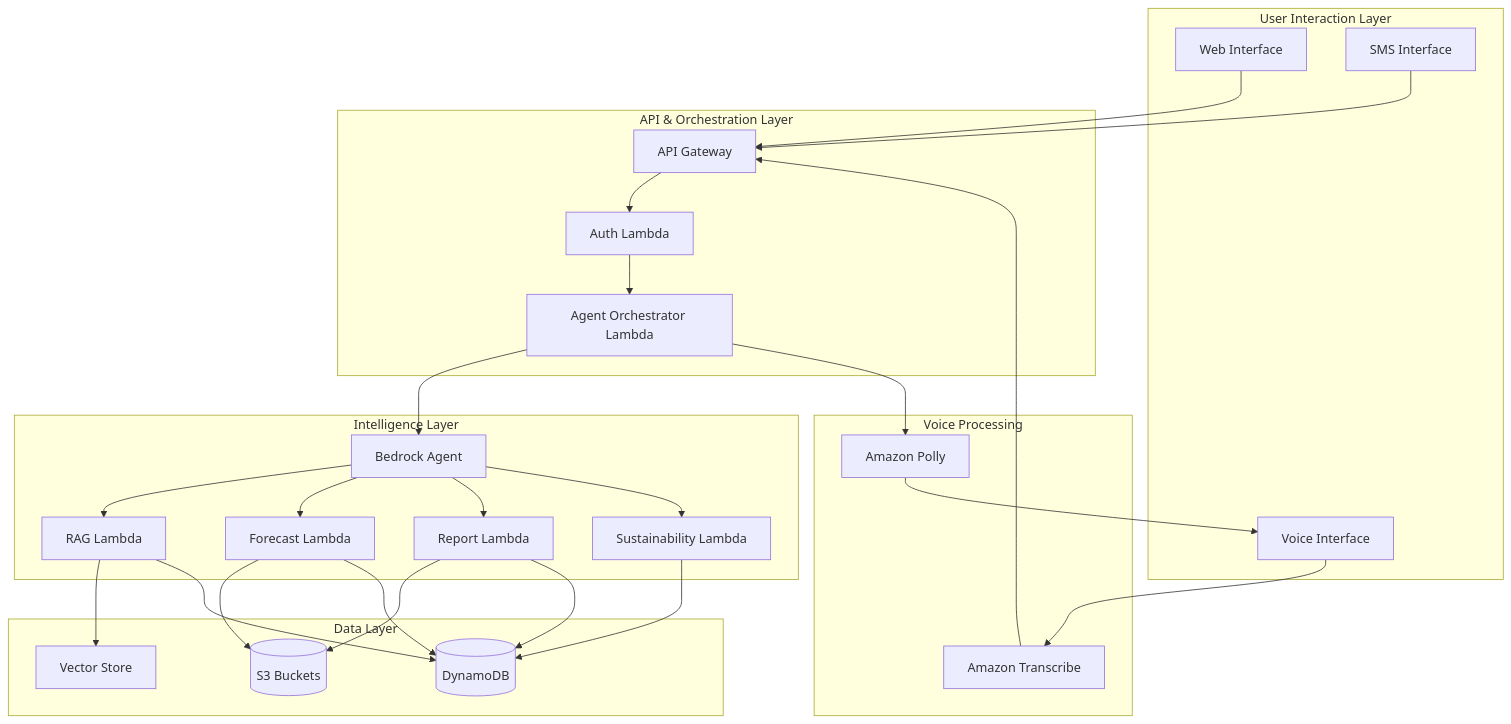
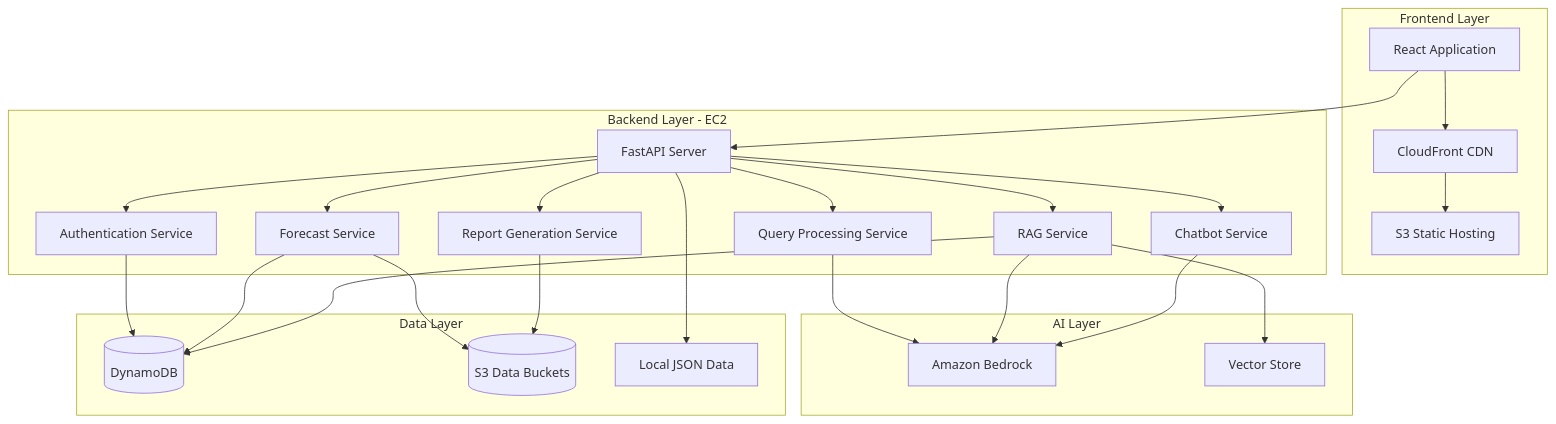
The diagram in .kiro/specs/gram-saarthi/design.md (dksr1729/GramSaarthi), drawn with Mermaid before and after one commit. The commit also changed other lines of this file and 57 other files, not shown here.

````diff
--- a/.kiro/specs/gram-saarthi/design.md
+++ b/.kiro/specs/gram-saarthi/design.md
@@ -13,59 +15,53 @@
 ```mermaid
 graph TB
-    subgraph "User Interaction Layer"
-        WebUI[Web Interface]
-        VoiceUI[Voice Interface]
-        SMSUI[SMS Interface]
+    subgraph "Frontend Layer"
+        React[React Application]
+        CloudFront[CloudFront CDN]
+        S3Frontend[S3 Static Hosting]
     end
     
-    subgraph "API & Orchestration Layer"
-        APIGW[API Gateway]
-        AuthLambda[Auth Lambda]
-        OrchestratorLambda[Agent Orchestrator Lambda]
+    subgraph "Backend Layer - EC2"
+        FastAPI[FastAPI Server]
+        AuthService[Authentication Service]
+        QueryService[Query Processing Service]
+        ReportService[Report Generation Service]
+        ForecastService[Forecast Service]
+        RAGService[RAG Service]
+        ChatbotService[Chatbot Service]
     end
     
-    subgraph "Intelligence Layer"
-        BedrockAgent[Bedrock Agent]
-        RAGLambda[RAG Lambda]
-        ForecastLambda[Forecast Lambda]
-        ReportLambda[Report Lambda]
-        SustainLambda[Sustainability Lambda]
+    subgraph "AI Layer"
+        Bedrock[Amazon Bedrock]
+        VectorDB[Vector Store]
     end
     
     subgraph "Data Layer"
         DDB[(DynamoDB)]
-        S3[(S3 Buckets)]
-        VectorDB[Vector Store]
+        S3Data[(S3 Data Buckets)]
+        LocalData[Local JSON Data]
     end
     
-    subgraph "Voice Processing"
-        Transcribe[Amazon Transcribe]
-        Polly[Amazon Polly]
-    end
+    React --> CloudFront
+    CloudFront --> S3Frontend
+    React --> FastAPI
     
-    WebUI --> APIGW
-    VoiceUI --> Transcribe
-    Transcribe --> APIGW
-    SMSUI --> APIGW
+    FastAPI --> AuthService
+    FastAPI --> QueryService
+    FastAPI --> ReportService
+    FastAPI --> ForecastService
+    FastAPI --> RAGService
+    FastAPI --> ChatbotService
     
-    APIGW --> AuthLambda
-    AuthLambda --> OrchestratorLambda
+    QueryService --> Bedrock
+    RAGService --> Bedrock
+    RAGService --> VectorDB
+    ChatbotService --> Bedrock
     
-    OrchestratorLambda --> BedrockAgent
-    BedrockAgent --> RAGLambda
-    BedrockAgent --> ForecastLambda
-    BedrockAgent --> ReportLambda
-    BedrockAgent --> SustainLambda
+    AuthService --> DDB
+    ForecastService --> DDB
+    ForecastService --> S3Data
+    ReportService --> S3Data
+    RAGService --> DDB
     
-    RAGLambda --> VectorDB
-    ForecastLambda --> S3
-    ReportLambda --> S3
-    SustainLambda --> DDB
-    
-    OrchestratorLambda --> Polly
-    Polly --> VoiceUI
-    
-    RAGLambda --> DDB
-    ForecastLambda --> DDB
-    ReportLambda --> DDB
+    FastAPI --> LocalData
 ```
````
